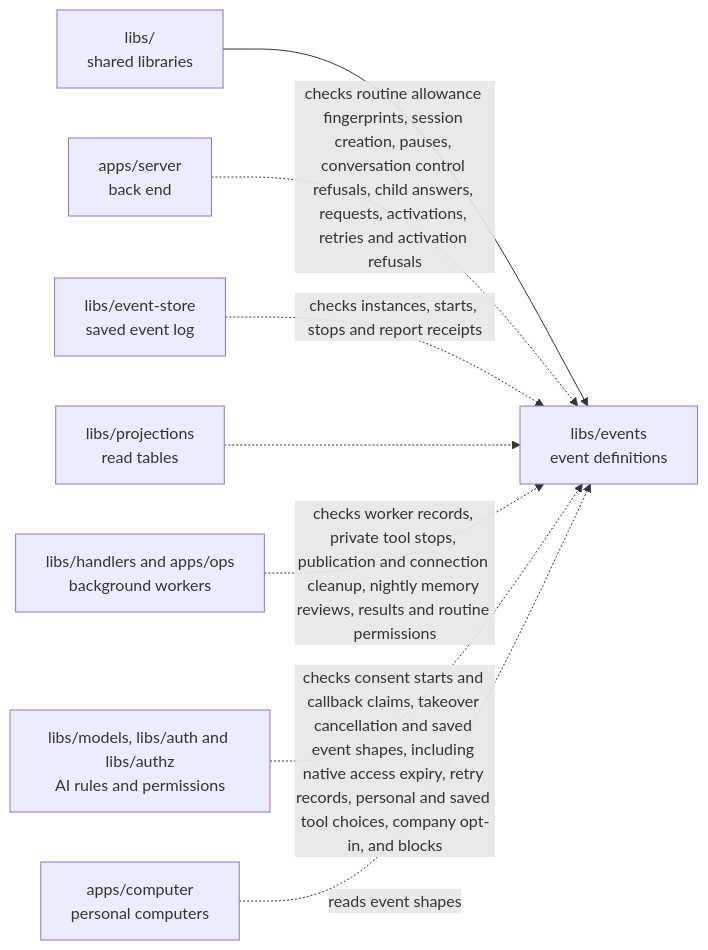
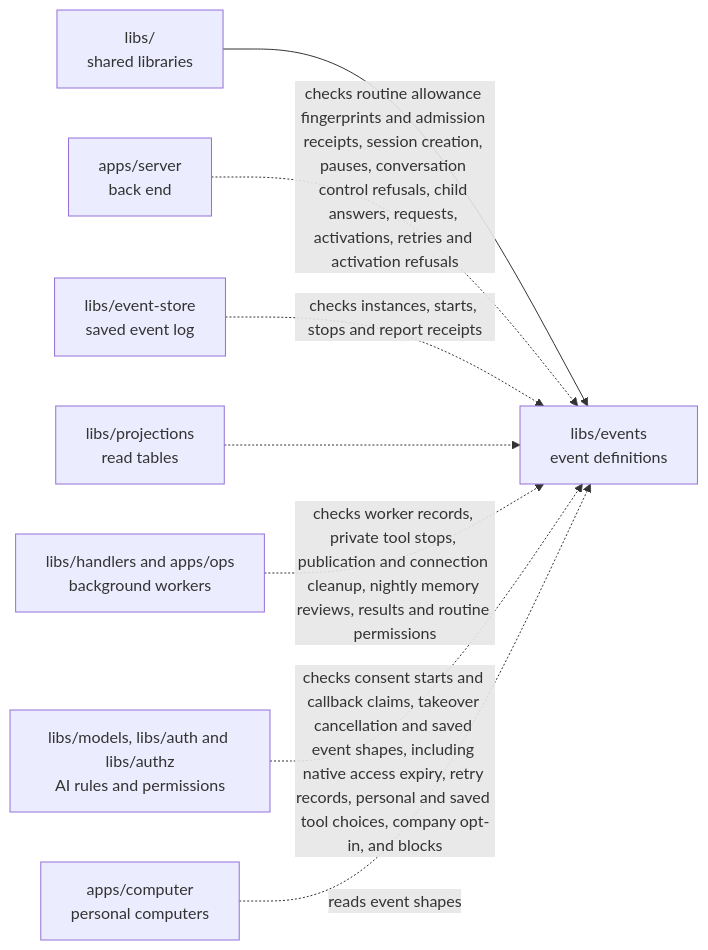
Before and after one commit to elewa-git/opencrane-new: the diagram in libs/events/README.md, drawn with Mermaid. The commit also changed other lines of this file and 10 other files, not shown here.

Commit message:
🔒 Record one checked routine activation admission

````diff
--- a/libs/events/README.md
+++ b/libs/events/README.md
@@ -27,10 +28,10 @@
 ```mermaid
 flowchart LR
   parent["libs/<br/>shared libraries"] --> events["libs/events<br/>event definitions"]
-  server["apps/server<br/>back end"] -.->|checks routine allowance fingerprints, session creation, pauses, conversation control refusals, child answers, requests, activations, retries and activation refusals| events
+  server["apps/server<br/>back end"] -.->|checks routine allowance fingerprints and admission receipts, session creation, pauses, conversation control refusals, child answers, requests, activations, retries and activation refusals| events
   store["libs/event-store<br/>saved event log"] -.->|checks instances, starts, stops and report receipts| events
   projections["libs/projections<br/>read tables"] -.-> events
   workers["libs/handlers and apps/ops<br/>background workers"] -.->|checks worker records, private tool stops, publication and connection cleanup, nightly memory reviews, results and routine permissions| events
   models["libs/models, libs/auth and libs/authz<br/>AI rules and permissions"] -.->|checks consent starts and callback claims, takeover cancellation and saved event shapes, including native access expiry, retry records, personal and saved tool choices, company opt-in, and blocks| events
   computer["apps/computer<br/>personal computers"] -.->|reads event shapes| events
 ```
````
